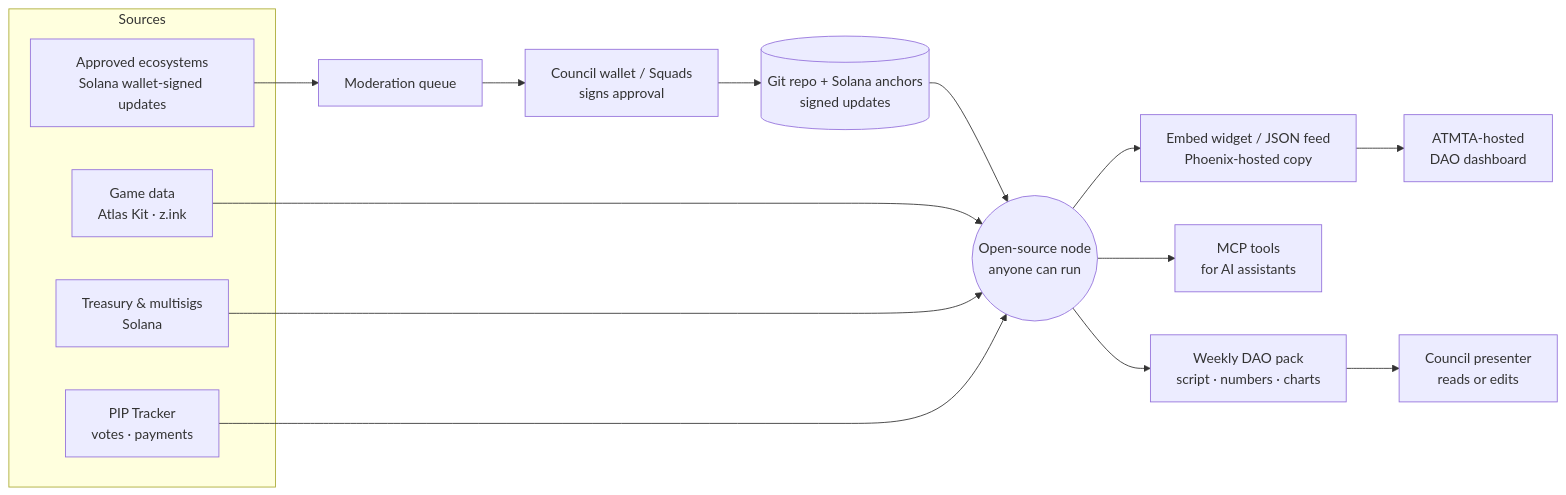
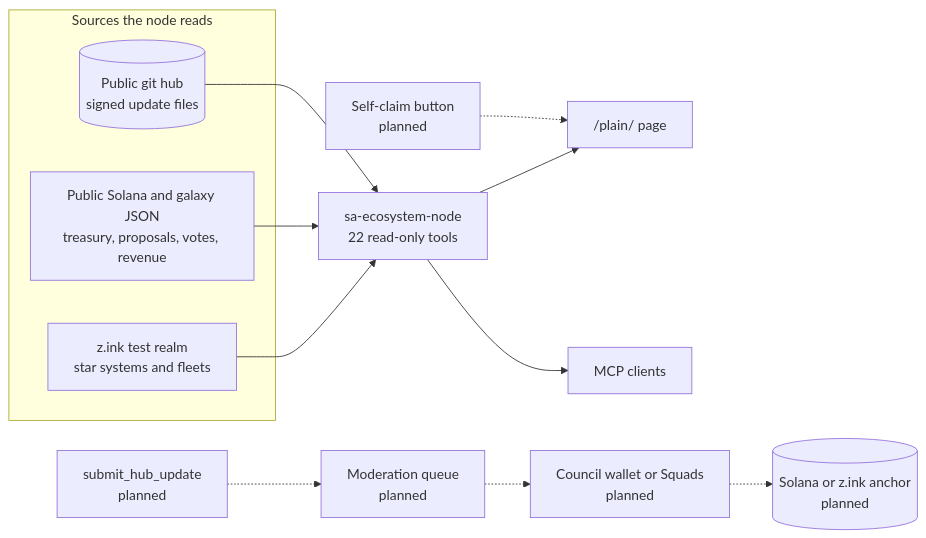
Before and after one commit to PhoenixClaw01/sa-ecosystem-node: the first of 2 diagrams in docs/spec.md, drawn with Mermaid. The commit also changed other lines of this file and 10 other files, not shown here.

````diff
--- a/docs/spec.md
+++ b/docs/spec.md
@@ -12,18 +21,17 @@
 ```mermaid
 flowchart LR
-  subgraph Sources
-    G[Game data<br/>Atlas Kit · z.ink]
-    T[Treasury & multisigs<br/>Solana]
-    P[PIP Tracker<br/>votes · payments]
-    E[Approved ecosystems<br/>Solana wallet-signed updates]
+  subgraph sources [Sources the node reads]
+    G[z.ink test realm<br/>star systems and fleets]
+    C[Public Solana and galaxy JSON<br/>treasury, proposals, votes, revenue]
+    H[(Public git hub<br/>signed update files)]
   end
-  E --> Q[Moderation queue] --> A[Council wallet / Squads<br/>signs approval] --> R[(Git repo + Solana anchors<br/>signed updates)] --> H
-  G --> H((Open-source node<br/>anyone can run))
-  T --> H
-  P --> H
-  H --> W[Embed widget / JSON feed<br/>Phoenix-hosted copy]
-  H --> M[MCP tools<br/>for AI assistants]
-  H --> K[Weekly DAO pack<br/>script · numbers · charts]
-  W --> D[ATMTA-hosted<br/>DAO dashboard]
-  K --> B[Council presenter<br/>reads or edits]
+  G --> N[sa-ecosystem-node<br/>22 read-only tools]
+  C --> N
+  H --> N
+  N --> P["/plain/ page"]
+  N --> M[MCP clients]
+  Q[Moderation queue<br/>planned] -.-> A[Council wallet or Squads<br/>planned]
+  A -.-> K[(Solana or z.ink anchor<br/>planned)]
+  S[submit_hub_update<br/>planned] -.-> Q
+  B[Self-claim button<br/>planned] -.-> P
 ```
````
